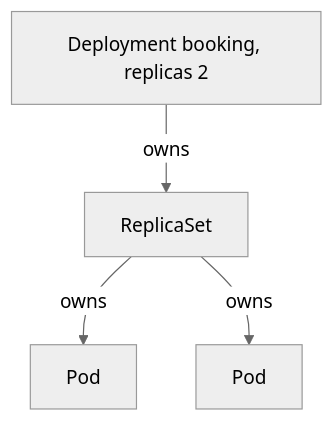
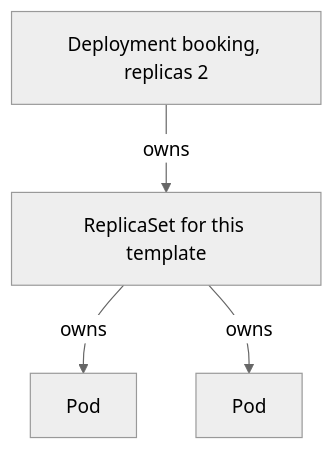
Before and after one commit to darshan-raul/apollo11-docs: the diagram in docs/learn/workloads/ownership-and-replicas.md, drawn with Mermaid (neutral theme). The commit also changed other lines of this file and 55 other files, not shown here.

````diff
--- a/docs/learn/workloads/ownership-and-replicas.md
+++ b/docs/learn/workloads/ownership-and-replicas.md
@@ -19,6 +27,6 @@
 ```mermaid
 flowchart TB
-  D[Deployment booking, replicas 2] -->|owns| RS[ReplicaSet]
+  D[Deployment booking, replicas 2] -->|owns| RS[ReplicaSet for this template]
   RS -->|owns| P1[Pod]
   RS -->|owns| P2[Pod]
 ```
````
